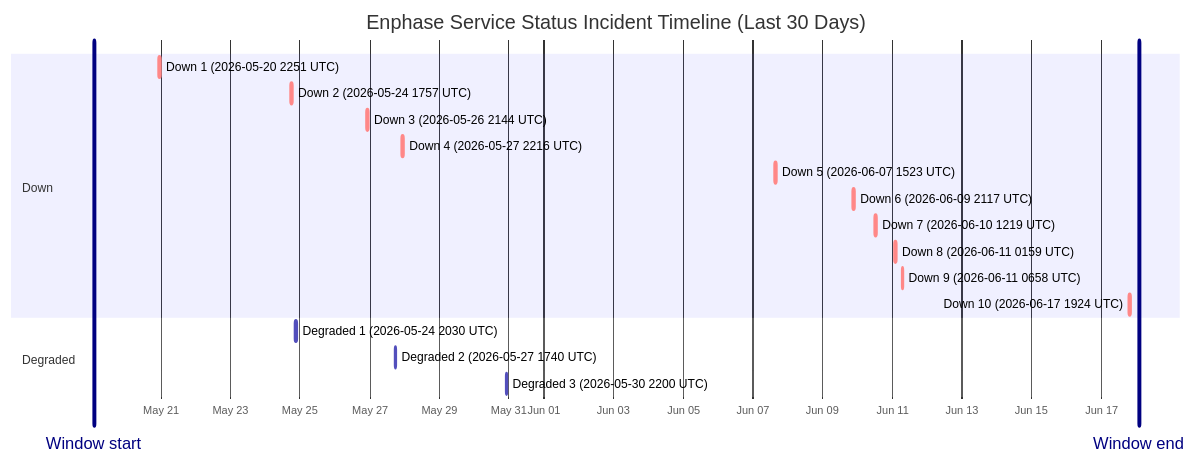
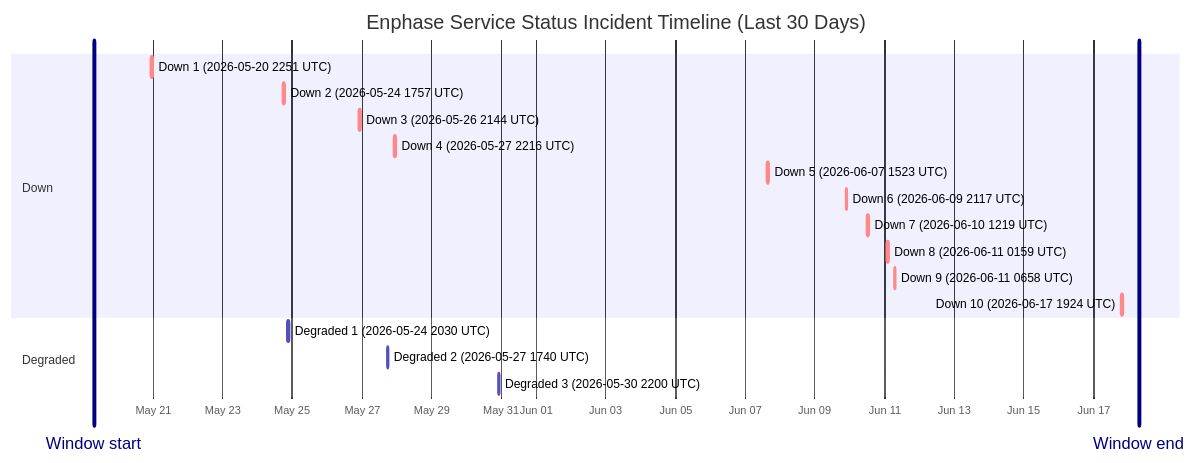
The diagram in wiki/Service-Status-History.md (barneyonline/ha-enphase-energy), drawn with Mermaid before and after one commit. The commit also changed other lines of this file and 3 other files, not shown here.

````diff
--- a/wiki/Service-Status-History.md
+++ b/wiki/Service-Status-History.md
@@ -14,23 +14,23 @@
 ```mermaid
 gantt
     title Enphase Service Status Incident Timeline (Last 30 Days)
     dateFormat  YYYY-MM-DDTHH:mm:ss
     axisFormat  %b %d
-    Window start :vert, window-start, 2026-05-19T02:00:58, 0ms
-    Window end :vert, window-end, 2026-06-18T02:00:58, 0ms
+    Window start :vert, window-start, 2026-05-19T07:15:39, 0ms
+    Window end :vert, window-end, 2026-06-18T07:15:39, 0ms
     section Down
     Down 1 (2026-05-20 2251 UTC) :crit, down-1, 2026-05-20T22:51:14, 75m
     Down 2 (2026-05-24 1757 UTC) :crit, down-2, 2026-05-24T17:57:41, 86m
     Down 3 (2026-05-26 2144 UTC) :crit, down-3, 2026-05-26T21:44:11, 85m
     Down 4 (2026-05-27 2216 UTC) :crit, down-4, 2026-05-27T22:16:53, 87m
     Down 5 (2026-06-07 1523 UTC) :crit, down-5, 2026-06-07T15:23:22, 87m
     Down 6 (2026-06-09 2117 UTC) :crit, down-6, 2026-06-09T21:17:17, 60m
     Down 7 (2026-06-10 1219 UTC) :crit, down-7, 2026-06-10T12:19:21, 60m
     Down 8 (2026-06-11 0159 UTC) :crit, down-8, 2026-06-11T01:59:36, 60m
     Down 9 (2026-06-11 0658 UTC) :crit, down-9, 2026-06-11T06:58:45, 60m
     Down 10 (2026-06-17 1924 UTC) :crit, down-10, 2026-06-17T19:24:51, 60m
     section Degraded
     Degraded 1 (2026-05-24 2030 UTC) :active, degraded-1, 2026-05-24T20:30:57, 84m
     Degraded 2 (2026-05-27 1740 UTC) :active, degraded-2, 2026-05-27T17:40:52, 60m
     Degraded 3 (2026-05-30 2200 UTC) :active, degraded-3, 2026-05-30T22:00:37, 60m
 ```
````
